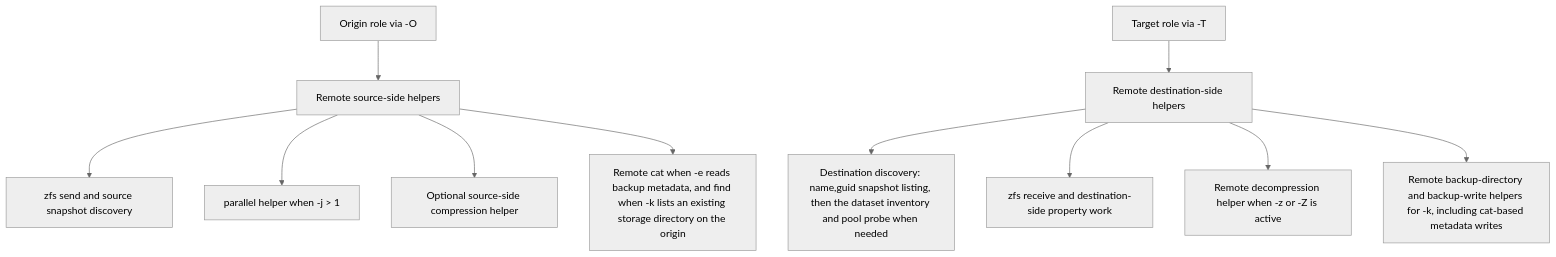
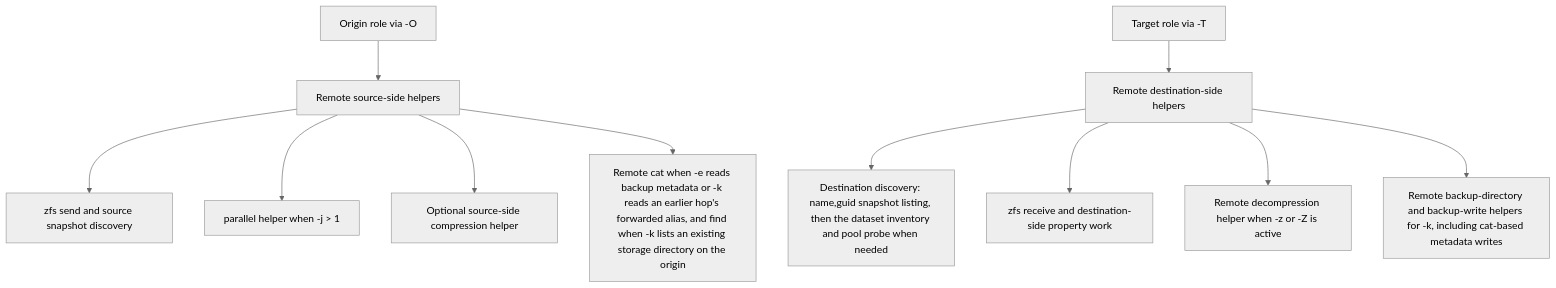
The second of 2 diagrams in docs/platforms.md (totalAldo/zxfer), drawn with Mermaid (neutral theme) before and after one commit. The commit also changed other lines of this file and 20 other files, not shown here.

````diff
--- a/docs/platforms.md
+++ b/docs/platforms.md
@@ -245,14 +251,14 @@
 ```mermaid
 flowchart TD
     A["Origin role via -O"] --> B["Remote source-side helpers"]
     B --> C["zfs send and source snapshot discovery"]
     B --> D["parallel helper when -j > 1"]
     B --> E["Optional source-side compression helper"]
-    B --> F["Remote cat when -e reads backup metadata, and find when -k lists an existing storage directory on the origin"]
+    B --> F["Remote cat when -e reads backup metadata or -k reads an earlier hop's forwarded alias, and find when -k lists an existing storage directory on the origin"]
 
     G["Target role via -T"] --> H["Remote destination-side helpers"]
     H --> I["Destination discovery: name,guid snapshot listing, then the dataset inventory and pool probe when needed"]
     H --> J["zfs receive and destination-side property work"]
     H --> K["Remote decompression helper when -z or -Z is active"]
     H --> L["Remote backup-directory and backup-write helpers for -k, including cat-based metadata writes"]
 ```
````
